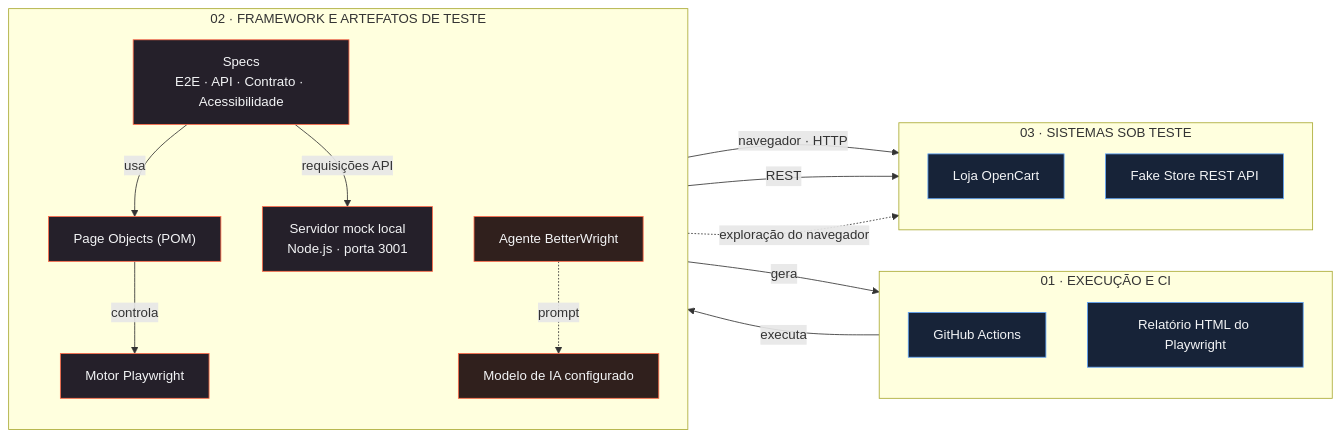
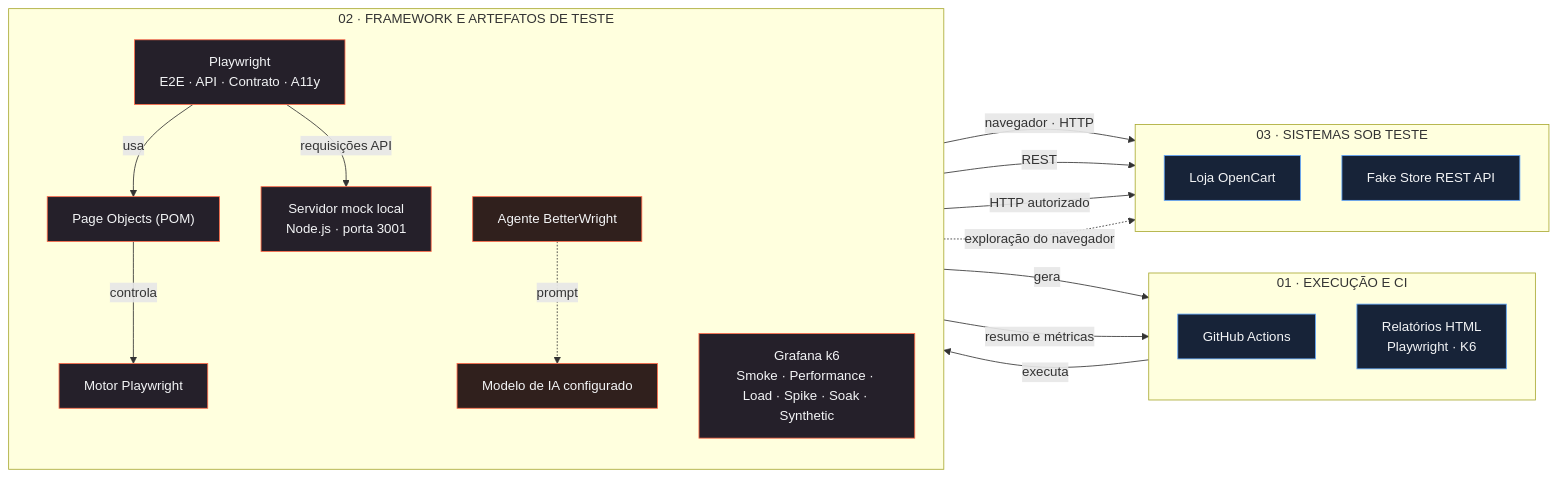
One commit to DavidsonLuna/QA-Harness-Pilot changed the diagram in README.md. Above: the diagram before and after it, drawn with Mermaid. The commit also changed other lines of this file and 12 other files, not shown here.

````diff
--- a/README.md
+++ b/README.md
@@ -15,43 +15,46 @@
 ```mermaid
 flowchart LR
   subgraph CI["01 · EXECUÇÃO E CI"]
     direction TB
     Actions["GitHub Actions"]
-    Report["Relatório HTML do Playwright"]
+    Reports["Relatórios HTML<br/>Playwright · K6"]
   end
 
   subgraph Framework["02 · FRAMEWORK E ARTEFATOS DE TESTE"]
     direction TB
-    Specs["Specs<br/>E2E · API · Contrato · Acessibilidade"]
+    Specs["Playwright<br/>E2E · API · Contrato · A11y"]
     Pages["Page Objects (POM)"]
     Engine["Motor Playwright"]
+    K6["Grafana k6<br/>Smoke · Performance · Load · Spike · Soak · Synthetic"]
     Mock["Servidor mock local<br/>Node.js · porta 3001"]
     Agent["Agente BetterWright"]
     Model["Modelo de IA configurado"]
   end
 
   subgraph SUT["03 · SISTEMAS SOB TESTE"]
     direction TB
     Store["Loja OpenCart"]
     API["Fake Store REST API"]
   end
 
   Actions -->|executa| Specs
   Specs -->|usa| Pages
   Pages -->|controla| Engine
   Engine -->|navegador · HTTP| Store
   Specs -->|requisições API| Mock
   Mock -->|REST| API
-  Specs -->|gera| Report
+  K6 -->|HTTP autorizado| API
+  Specs -->|gera| Reports
+  K6 -->|resumo e métricas| Reports
   Agent -. prompt .-> Model
   Agent -. exploração do navegador .-> Store
 
   classDef ci fill:#172338,stroke:#60a5fa,color:#f3f4f6
   classDef core fill:#25202a,stroke:#ff6b4a,color:#f3f4f6
   classDef ai fill:#30201d,stroke:#ff6b4a,color:#f3f4f6
   classDef sut fill:#172338,stroke:#60a5fa,color:#f3f4f6
-  class Actions,Report ci
-  class Specs,Pages,Engine,Mock core
+  class Actions,Reports ci
+  class Specs,Pages,Engine,Mock,K6 core
   class Agent,Model ai
   class Store,API sut
 ```
````
